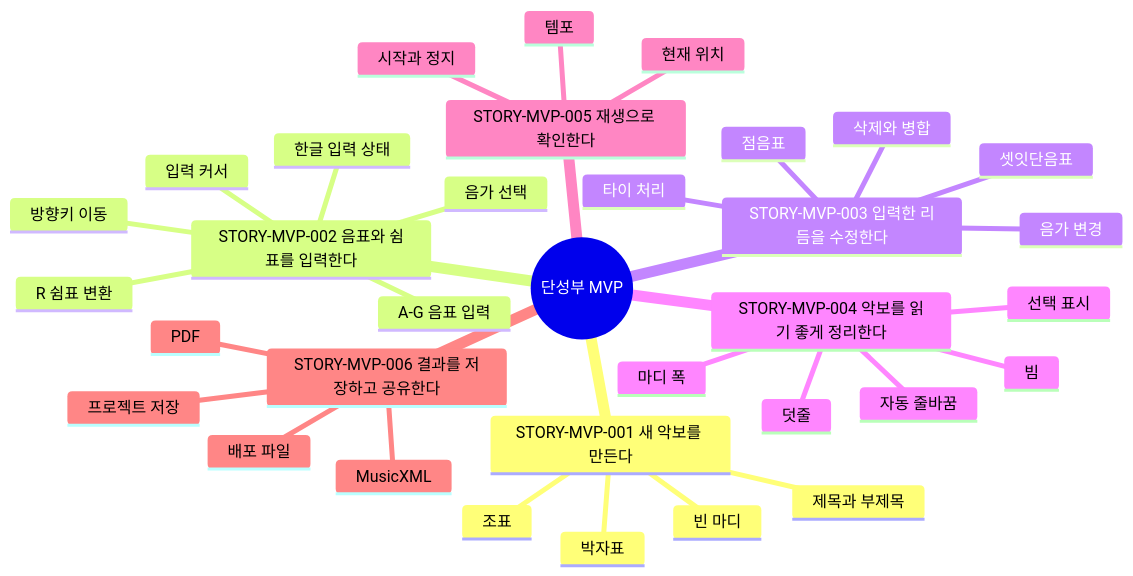
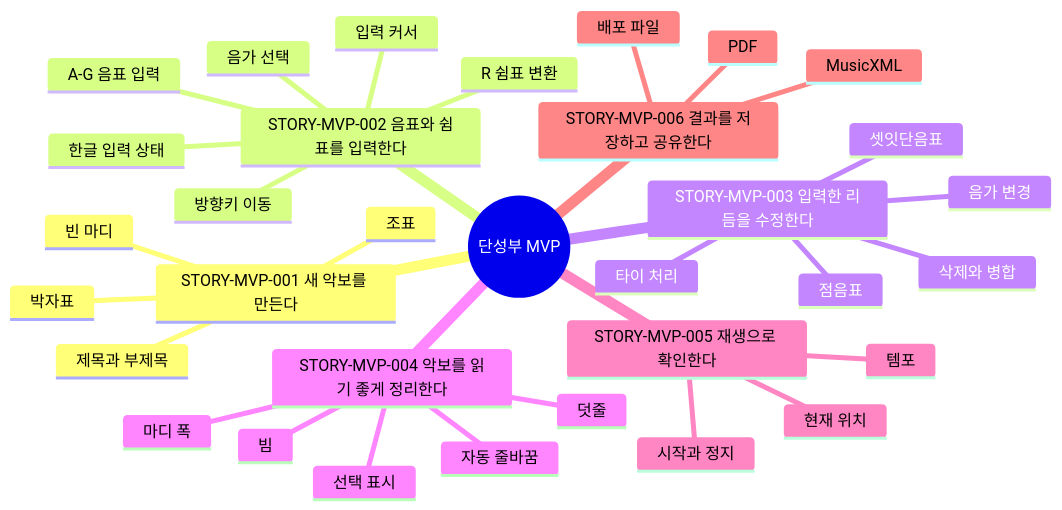
The diagram in docs/product/story-map.md (mann-lab-apps/in-c), drawn with Mermaid before and after one commit. The commit also changed other lines of this file and 2 other files, not shown here.

````diff
--- a/docs/product/story-map.md
+++ b/docs/product/story-map.md
@@ -40,37 +40,36 @@
 ```mermaid
 mindmap
   root((단성부 MVP))
     STORY-MVP-001 새 악보를 만든다
       제목과 부제목
       박자표
       조표
       빈 마디
     STORY-MVP-002 음표와 쉼표를 입력한다
       음가 선택
       A-G 음표 입력
       R 쉼표 변환
       방향키 이동
       입력 커서
       한글 입력 상태
     STORY-MVP-003 입력한 리듬을 수정한다
       음가 변경
       점음표
       셋잇단음표
       삭제와 병합
       타이 처리
     STORY-MVP-004 악보를 읽기 좋게 정리한다
       마디 폭
       자동 줄바꿈
       빔
       덧줄
       선택 표시
     STORY-MVP-005 재생으로 확인한다
       템포
       시작과 정지
       현재 위치
     STORY-MVP-006 결과를 저장하고 공유한다
-      프로젝트 저장
       MusicXML
       PDF
       배포 파일
 ```
````
